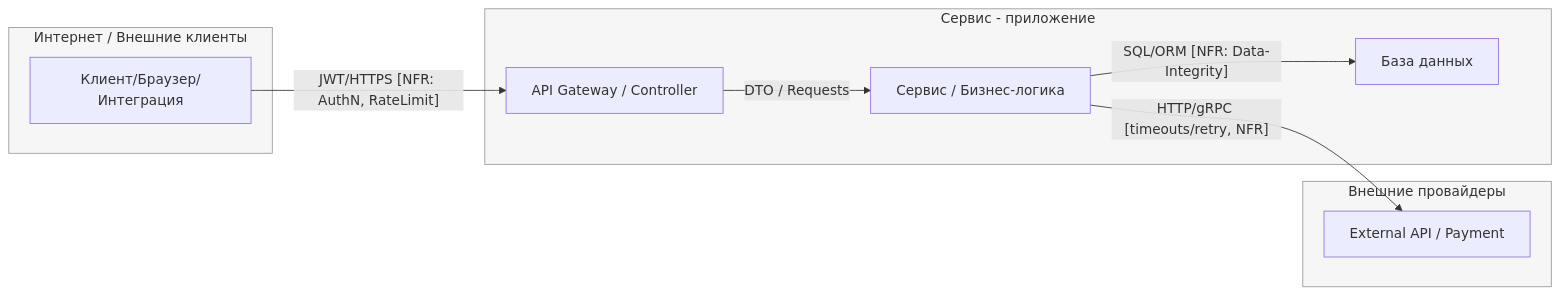
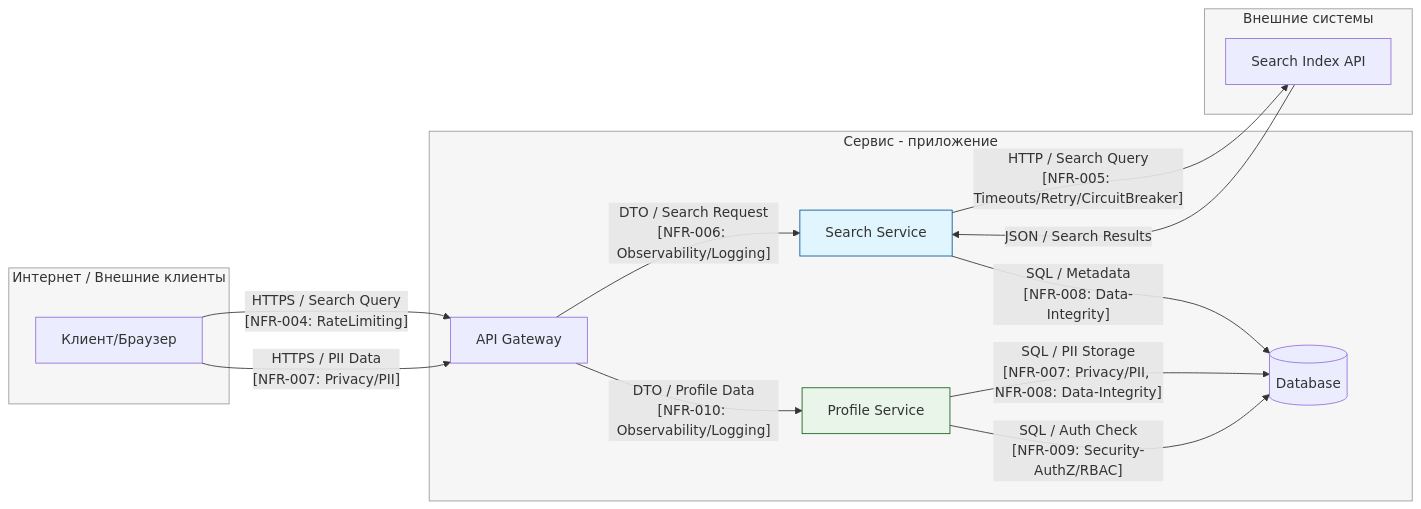
One commit to ilyaderezovskiy/secdev-lite-derezovskiy changed the diagram in SEMINARS/S04/S04_dfd.md. Above: the diagram before and after it, drawn with Mermaid. The commit also changed other lines of this file, not shown here.

````diff
--- a/SEMINARS/S04/S04_dfd.md
+++ b/SEMINARS/S04/S04_dfd.md
@@ -25,34 +22,41 @@
 ```mermaid
 flowchart LR
   %% --- Trust boundaries (по контурам) ---
   subgraph Internet[Интернет / Внешние клиенты]
-    U[Клиент/Браузер/Интеграция]
+    U[Клиент/Браузер]
   end
 
   subgraph Service[Сервис - приложение]
-    A[API Gateway / Controller]
-    S[Сервис / Бизнес-логика]
-    D[База данных]
+    A[API Gateway]
+    S1[Search Service]
+    S2[Profile Service]
+    D[(Database)]
   end
 
-  subgraph External[Внешние провайдеры]
-    X[External API / Payment]
+  subgraph External[Внешние системы]
+    ES[Search Index API]
   end
 
-  %% --- Основные потоки ---
-  U -- "JWT/HTTPS [NFR: AuthN, RateLimit]" --> A
-  A -->|"DTO / Requests"| S
-  S -->|"SQL/ORM [NFR: Data-Integrity]"| D
-  S -->|"HTTP/gRPC [timeouts/retry, NFR]"| X
-
-  %% --- Дополнительно (опционально) ---
-  %% Q[(Очередь/Шина)]:::opt
-  %% S -->|"event"| Q
+  %% --- Основные потоки поиска ---
+  U -- "HTTPS / Search Query<br>[NFR-004: RateLimiting]" --> A
+  A -- "DTO / Search Request<br>[NFR-006: Observability/Logging]" --> S1
+  S1 -- "HTTP / Search Query<br>[NFR-005: Timeouts/Retry/CircuitBreaker]" --> ES
+  ES -- "JSON / Search Results" --> S1
+  S1 -- "SQL / Metadata<br>[NFR-008: Data-Integrity]" --> D
+  
+  %% --- Основные потоки профиля ---
+  U -- "HTTPS / PII Data<br>[NFR-007: Privacy/PII]" --> A
+  A -- "DTO / Profile Data<br>[NFR-010: Observability/Logging]" --> S2
+  S2 -- "SQL / PII Storage<br>[NFR-007: Privacy/PII, NFR-008: Data-Integrity]" --> D
+  S2 -- "SQL / Auth Check<br>[NFR-009: Security-AuthZ/RBAC]" --> D
 
   %% --- Оформление границ ---
   classDef boundary fill:#f6f6f6,stroke:#999,stroke-width:1px;
   class Internet,Service,External boundary;
 
-  %% --- Стиль для опциональных элементов (если включите) ---
-  classDef opt fill:#fafafa,stroke:#bbb,stroke-dasharray: 3 2;
+  %% --- Стили для разных сервисов ---
+  classDef search fill:#e1f5fe,stroke:#01579b;
+  classDef profile fill:#e8f5e8,stroke:#1b5e20;
+  class S1 search;
+  class S2 profile;
 ```
````
